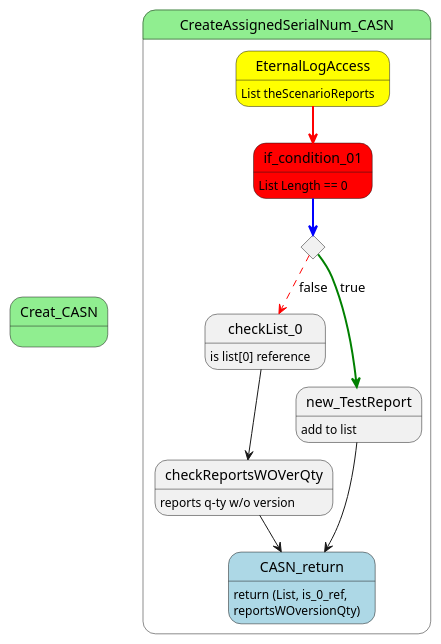
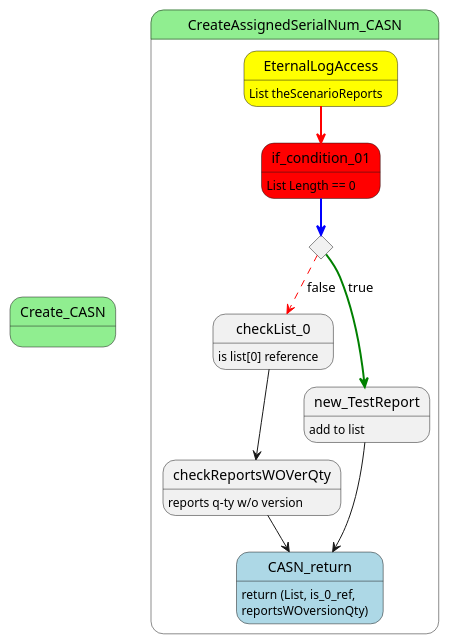
One commit to YUGCHR/InterlacingTwoTexts changed the diagram in BackgroundDispatcher/Diagrams/BackgroundDispatcher_TimingImprintReports_v-010.puml. Above: the diagram before and after it, drawn with PlantUML. The commit also changed 6 other files, not shown here.

```diff
--- a/BackgroundDispatcher/Diagrams/BackgroundDispatcher_TimingImprintReports_v-010.puml
+++ b/BackgroundDispatcher/Diagrams/BackgroundDispatcher_TimingImprintReports_v-010.puml
@@ -1,47 +1,47 @@
 @startuml
 
-state Creat_CASN #lightgreen {
+state Create_CASN #lightgreen {
 
 }
 
 
 
 
 state CreateAssignedSerialNum_CASN #lightgreen {
     state EternalLogAccess #yellow
     EternalLogAccess : List theScenarioReports
 
     state if_condition_01 #red
     if_condition_01: List Length == 0
     EternalLogAccess -[#red,bold]-> if_condition_01
 
     state checkList_0
     checkList_0 : is list[0] reference
 
     state checkReportsWOVerQty
     checkReportsWOVerQty : reports q-ty w/o version
 
     state CASN_return #lightblue
     CASN_return : return (List, is_0_ref, \nreportsWOversionQty)
 
     state new_TestReport
     new_TestReport : add to list
 
     state theScenarioReports  <<choice>> #blue
     theScenarioReports : ttt == 0
     theScenarioReports -[#red,dashed]-> checkList_0 : false
     theScenarioReports -[#green,bold]-> new_TestReport : true
 
     if_condition_01 -[#blue,bold]-> theScenarioReports
 
     checkList_0 --> checkReportsWOVerQty
     checkReportsWOVerQty --> CASN_return
     new_TestReport --> CASN_return
 
 
 }
 
 
 
 
 @enduml
```
